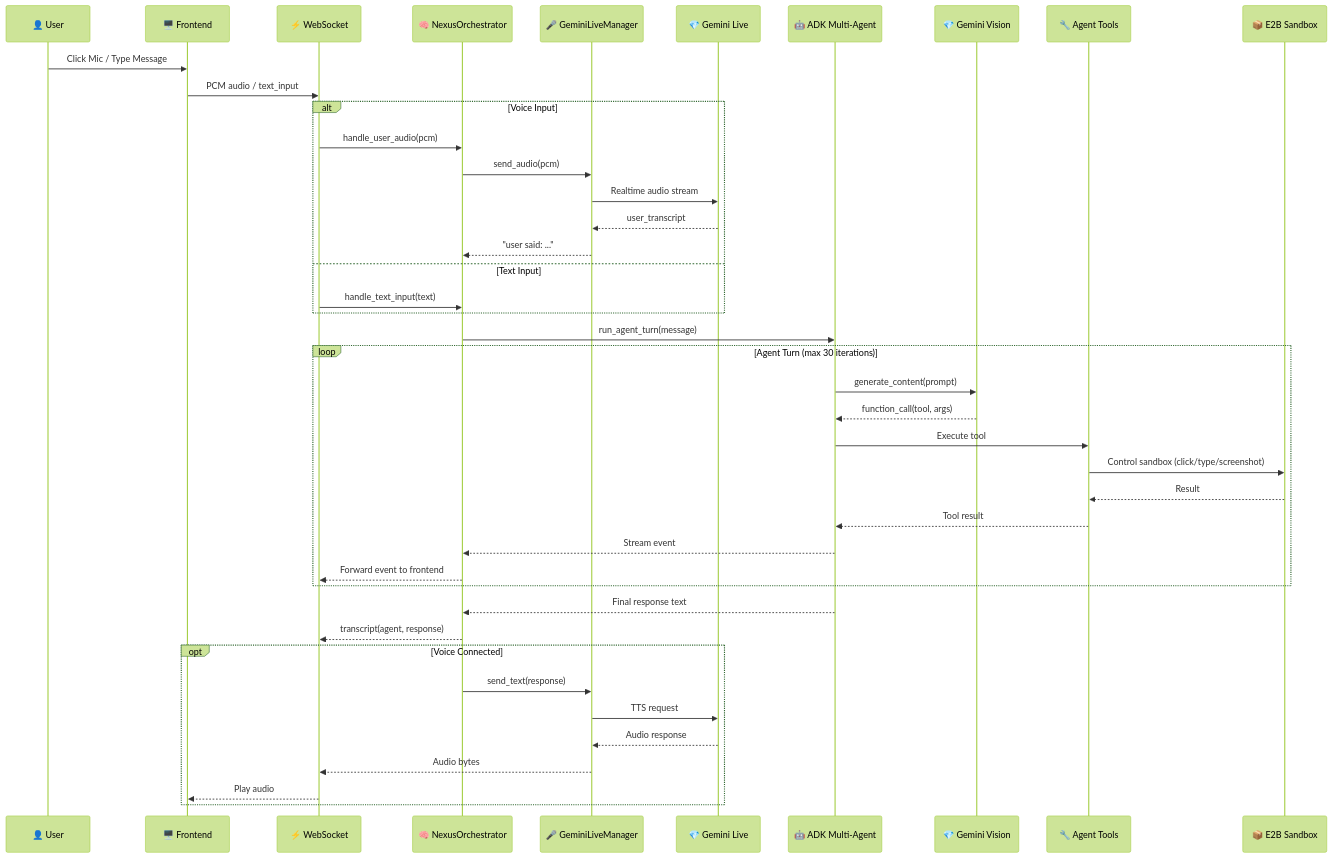
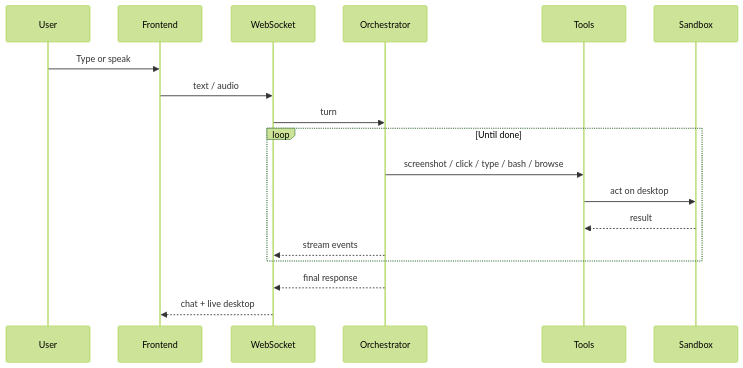
Before and after one commit to Nandan-D14/nexus-agent: the third of 5 diagrams in README.md, drawn with Mermaid (forest theme). The commit also changed other lines of this file and 264 other files, not shown here.

````diff
--- a/README.md
+++ b/README.md
@@ -194,50 +187,21 @@
 ```mermaid
 sequenceDiagram
-    participant User as 👤 User
-    participant FE as 🖥️ Frontend
-    participant WS as ⚡ WebSocket
-    participant Orch as 🧠 NexusOrchestrator
-    participant Voice as 🎤 GeminiLiveManager
-    participant GemLive as 💎 Gemini Live
-    participant ADK as 🤖 ADK Multi-Agent
-    participant GemVision as 💎 Gemini Vision
-    participant Tools as 🔧 Agent Tools
-    participant E2B as 📦 E2B Sandbox
+    participant User
+    participant FE as Frontend
+    participant WS as WebSocket
+    participant Orch as Orchestrator
+    participant Tools as Tools
+    participant E2B as Sandbox
 
-    User->>FE: Click Mic / Type Message
-    FE->>WS: PCM audio / text_input
-
-    alt Voice Input
-        WS->>Orch: handle_user_audio(pcm)
-        Orch->>Voice: send_audio(pcm)
-        Voice->>GemLive: Realtime audio stream
-        GemLive-->>Voice: user_transcript
-        Voice-->>Orch: "user said: ..."
-    else Text Input
-        WS->>Orch: handle_text_input(text)
+    User->>FE: Type or speak
+    FE->>WS: text / audio
+    WS->>Orch: turn
+    loop Until done
+        Orch->>Tools: screenshot / click / type / bash / browse
+        Tools->>E2B: act on desktop
+        E2B-->>Tools: result
+        Orch-->>WS: stream events
     end
-
-    Orch->>ADK: run_agent_turn(message)
-    
-    loop Agent Turn (max 30 iterations)
-        ADK->>GemVision: generate_content(prompt)
-        GemVision-->>ADK: function_call(tool, args)
-        ADK->>Tools: Execute tool
-        Tools->>E2B: Control sandbox (click/type/screenshot)
-        E2B-->>Tools: Result
-        Tools-->>ADK: Tool result
-        ADK-->>Orch: Stream event
-        Orch-->>WS: Forward event to frontend
-    end
-
-    ADK-->>Orch: Final response text
-    Orch-->>WS: transcript(agent, response)
-
-    opt Voice Connected
-        Orch->>Voice: send_text(response)
-        Voice->>GemLive: TTS request
-        GemLive-->>Voice: Audio response
-        Voice-->>WS: Audio bytes
-        WS-->>FE: Play audio
-    end
+    Orch-->>WS: final response
+    WS-->>FE: chat + live desktop
 ```
````
